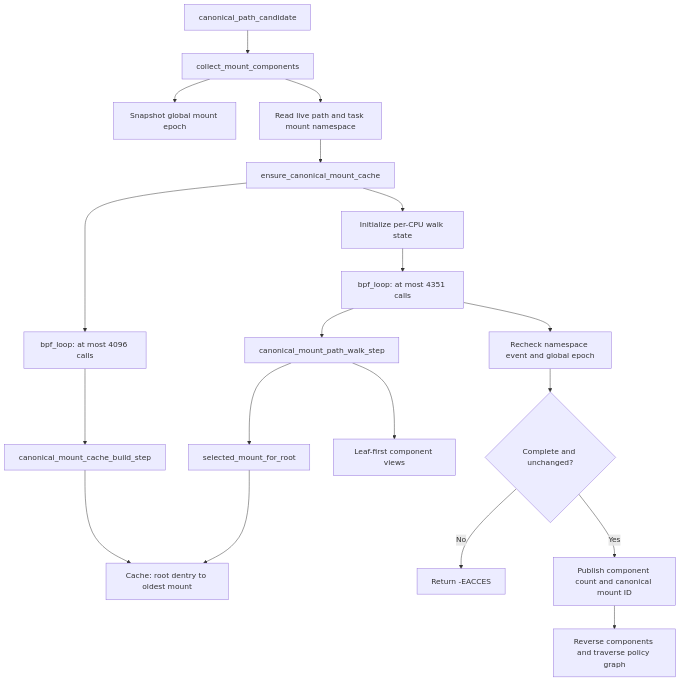
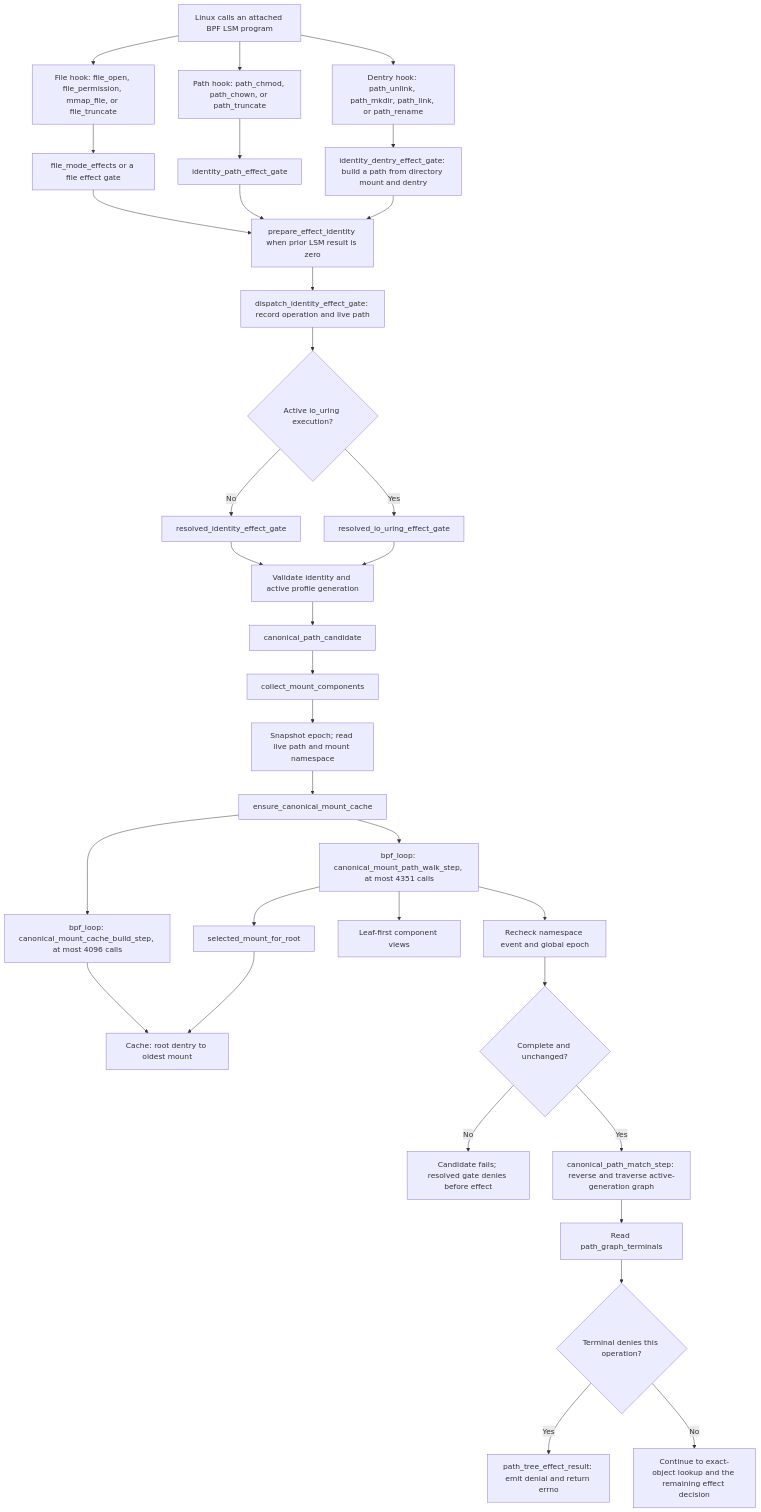
The first of 9 diagrams in docs/plans/mithril-hugging-face-intrusion-prevention/path-tree-denial-implementation-review.md (Ereborlabs/erebor-runtime), drawn with Mermaid before and after one commit. The commit also changed other lines of this file and 13 other files, not shown here.

````diff
--- a/docs/plans/mithril-hugging-face-intrusion-prevention/path-tree-denial-implementation-review.md
+++ b/docs/plans/mithril-hugging-face-intrusion-prevention/path-tree-denial-implementation-review.md
@@ -322,21 +328,37 @@
 ```mermaid
 flowchart TD
-    A[canonical_path_candidate] --> B[collect_mount_components]
-    B --> C[Snapshot global mount epoch]
-    B --> D[Read live path and task mount namespace]
-    D --> E[ensure_canonical_mount_cache]
-    E --> F[bpf_loop: at most 4096 calls]
-    F --> G[canonical_mount_cache_build_step]
-    G --> H[Cache: root dentry to oldest mount]
-    E --> I[Initialize per-CPU walk state]
-    I --> J[bpf_loop: at most 4351 calls]
-    J --> K[canonical_mount_path_walk_step]
-    K --> L[selected_mount_for_root]
-    L --> H
-    K --> M[Leaf-first component views]
-    J --> N[Recheck namespace event and global epoch]
-    N --> O{Complete and unchanged?}
-    O -- No --> P[Return -EACCES]
-    O -- Yes --> Q[Publish component count and canonical mount ID]
-    Q --> R[Reverse components and traverse policy graph]
+    A[Linux calls an attached BPF LSM program]
+    A --> B[File hook: file_open, file_permission, mmap_file, or file_truncate]
+    A --> C[Path hook: path_chmod, path_chown, or path_truncate]
+    A --> D[Dentry hook: path_unlink, path_mkdir, path_link, or path_rename]
+    B --> E[file_mode_effects or a file effect gate]
+    C --> F[identity_path_effect_gate]
+    D --> G[identity_dentry_effect_gate: build a path from directory mount and dentry]
+    E --> H[prepare_effect_identity when prior LSM result is zero]
+    F --> H
+    G --> H
+    H --> I[dispatch_identity_effect_gate: record operation and live path]
+    I --> J{Active io_uring execution?}
+    J -- No --> K[resolved_identity_effect_gate]
+    J -- Yes --> L[resolved_io_uring_effect_gate]
+    K --> M[Validate identity and active profile generation]
+    L --> M
+    M --> N[canonical_path_candidate]
+    N --> O[collect_mount_components]
+    O --> P[Snapshot epoch; read live path and mount namespace]
+    P --> Q[ensure_canonical_mount_cache]
+    Q --> R[bpf_loop: canonical_mount_cache_build_step, at most 4096 calls]
+    R --> S[Cache: root dentry to oldest mount]
+    Q --> T[bpf_loop: canonical_mount_path_walk_step, at most 4351 calls]
+    T --> U[selected_mount_for_root]
+    U --> S
+    T --> V[Leaf-first component views]
+    T --> W[Recheck namespace event and global epoch]
+    W --> X{Complete and unchanged?}
+    X -- No --> Y[Candidate fails; resolved gate denies before effect]
+    X -- Yes --> Z[canonical_path_match_step: reverse and traverse active-generation graph]
+    Z --> AA[Read path_graph_terminals]
+    AA --> AB{Terminal denies this operation?}
+    AB -- Yes --> AC[path_tree_effect_result: emit denial and return errno]
+    AB -- No --> AD[Continue to exact-object lookup and the remaining effect decision]
 ```
````
